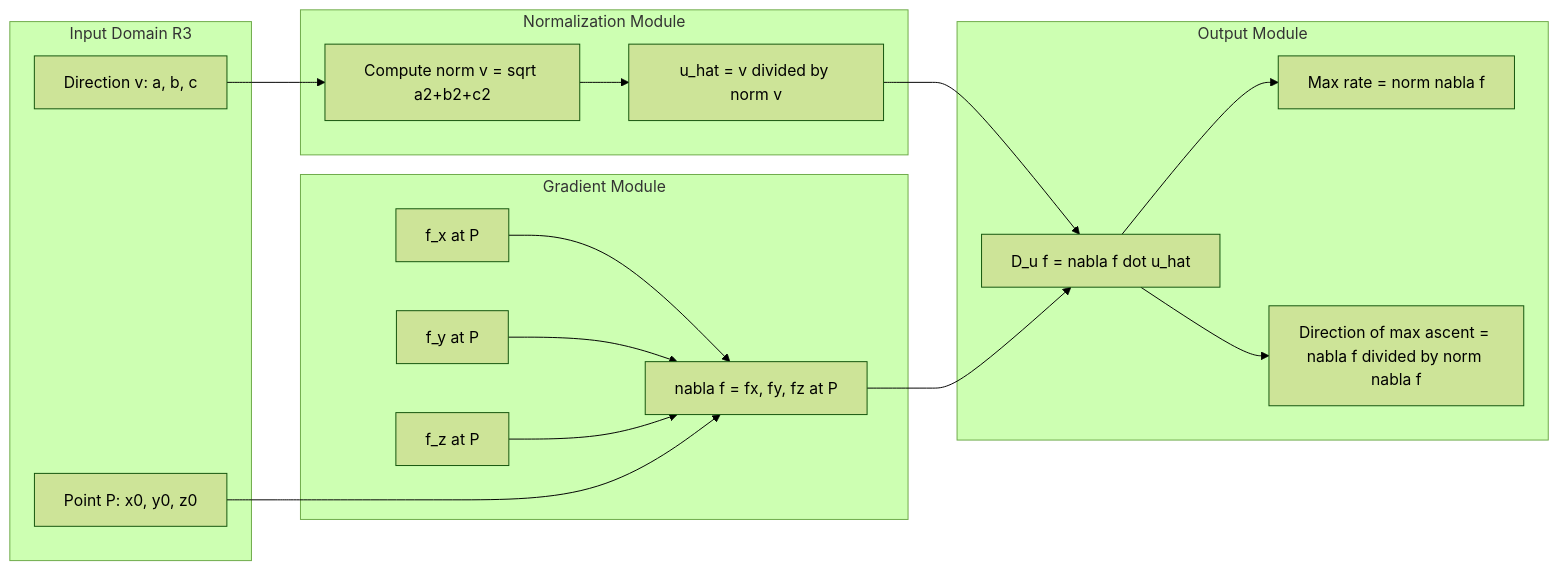
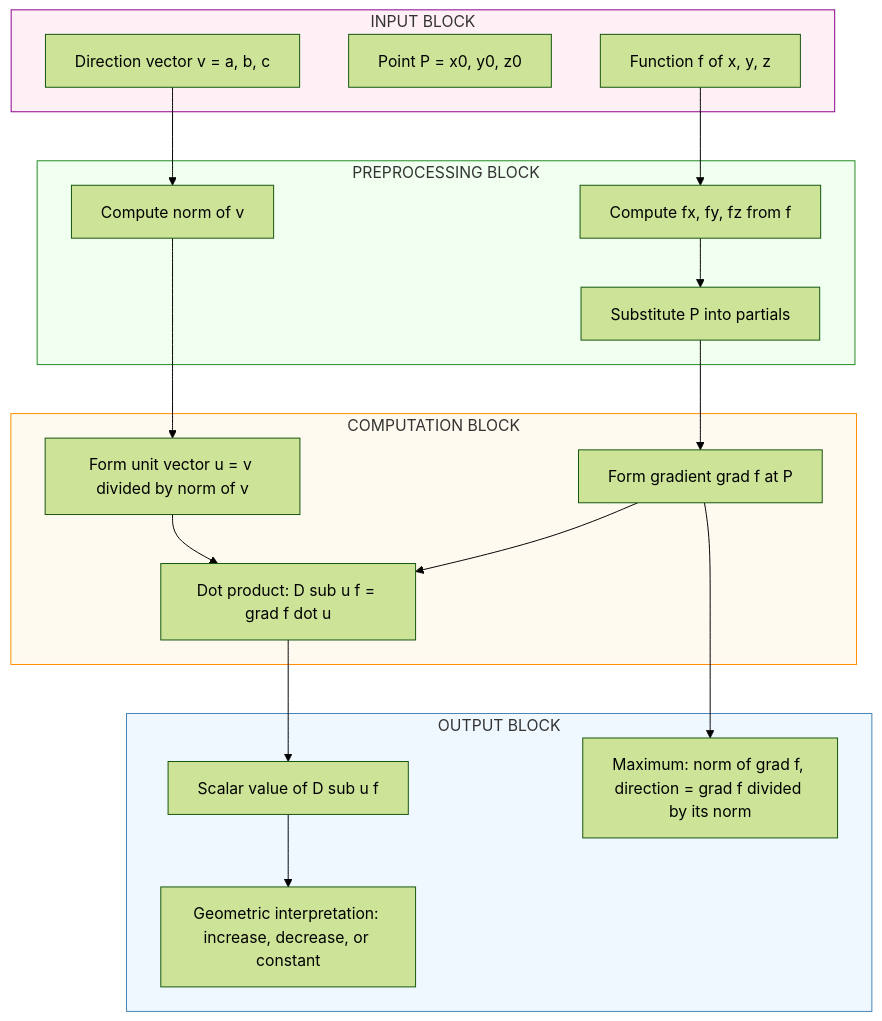
Before and after one commit to vishnuu-kr/ktunode: the fourth of 5 diagrams in public/notes/computer-science-and-engineering/semester-1/gamat101-mathematics-for-information-science-1/03-module-3-the-chain-rule-functions-of-three-variables/interpretation-of-the-directional-derivative/notes.md, drawn with Mermaid (forest theme). The commit also changed other lines of this file and 4829 other files, not shown here.

````diff
--- a/public/notes/computer-science-and-engineering/semester-1/gamat101-mathematics-for-information-science-1/03-module-3-the-chain-rule-functions-of-three-variables/interpretation-of-the-directional-derivative/notes.md
+++ b/public/notes/computer-science-and-engineering/semester-1/gamat101-mathematics-for-information-science-1/03-module-3-the-chain-rule-functions-of-three-variables/interpretation-of-the-directional-derivative/notes.md
@@ -395,32 +358,38 @@
 ```mermaid
-graph LR
-    subgraph SG1["Input Domain R3"]
-        P1["Point P: x0, y0, z0"]
-        V1["Direction v: a, b, c"]
+flowchart TB
+    subgraph InputLayer [INPUT BLOCK]
+        I1[Function f of x, y, z]
+        I2[Point P = x0, y0, z0]
+        I3[Direction vector v = a, b, c]
     end
-    subgraph SG2["Normalization Module"]
-        N1["Compute norm v = sqrt a2+b2+c2"]
-        N2["u_hat = v divided by norm v"]
-        N1 --> N2
+
+    subgraph Preprocess [PREPROCESSING BLOCK]
+        P1[Compute fx, fy, fz from f]
+        P2[Substitute P into partials]
+        P3[Compute norm of v]
     end
-    subgraph SG3["Gradient Module"]
-        G1["f_x at P"]
-        G2["f_y at P"]
-        G3["f_z at P"]
-        G4["nabla f = fx, fy, fz at P"]
-        G1 --> G4
-        G2 --> G4
-        G3 --> G4
+
+    subgraph ComputeBlock [COMPUTATION BLOCK]
+        C1[Form gradient grad f at P]
+        C2[Form unit vector u = v divided by norm of v]
+        C3[Dot product: D sub u f = grad f dot u]
     end
-    subgraph SG4["Output Module"]
-        D1["D_u f = nabla f dot u_hat"]
-        D2["Max rate = norm nabla f"]
-        D3["Direction of max ascent = nabla f divided by norm nabla f"]
-        D1 --> D2
-        D1 --> D3
+
+    subgraph OutputLayer [OUTPUT BLOCK]
+        O1[Scalar value of D sub u f]
+        O2[Geometric interpretation: increase, decrease, or constant]
+        O3[Maximum: norm of grad f, direction = grad f divided by its norm]
     end
-    P1 --> G4
-    V1 --> N1
-    N2 --> D1
-    G4 --> D1
+
+    I1 --> P1 --> P2 --> C1
+    I3 --> P3 --> C2
+    C1 --> C3
+    C2 --> C3
+    C3 --> O1 --> O2
+    C1 --> O3
+
+    style InputLayer fill:#FFF0F5,stroke:#8B008B
+    style Preprocess fill:#F0FFF0,stroke:#228B22
+    style ComputeBlock fill:#FFFAF0,stroke:#FF8C00
+    style OutputLayer fill:#F0F8FF,stroke:#4682B4
 ```
````
